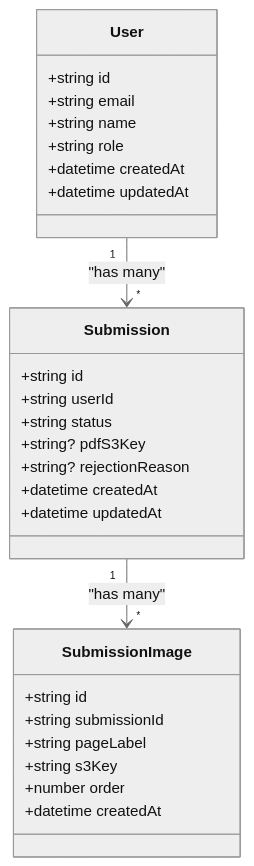
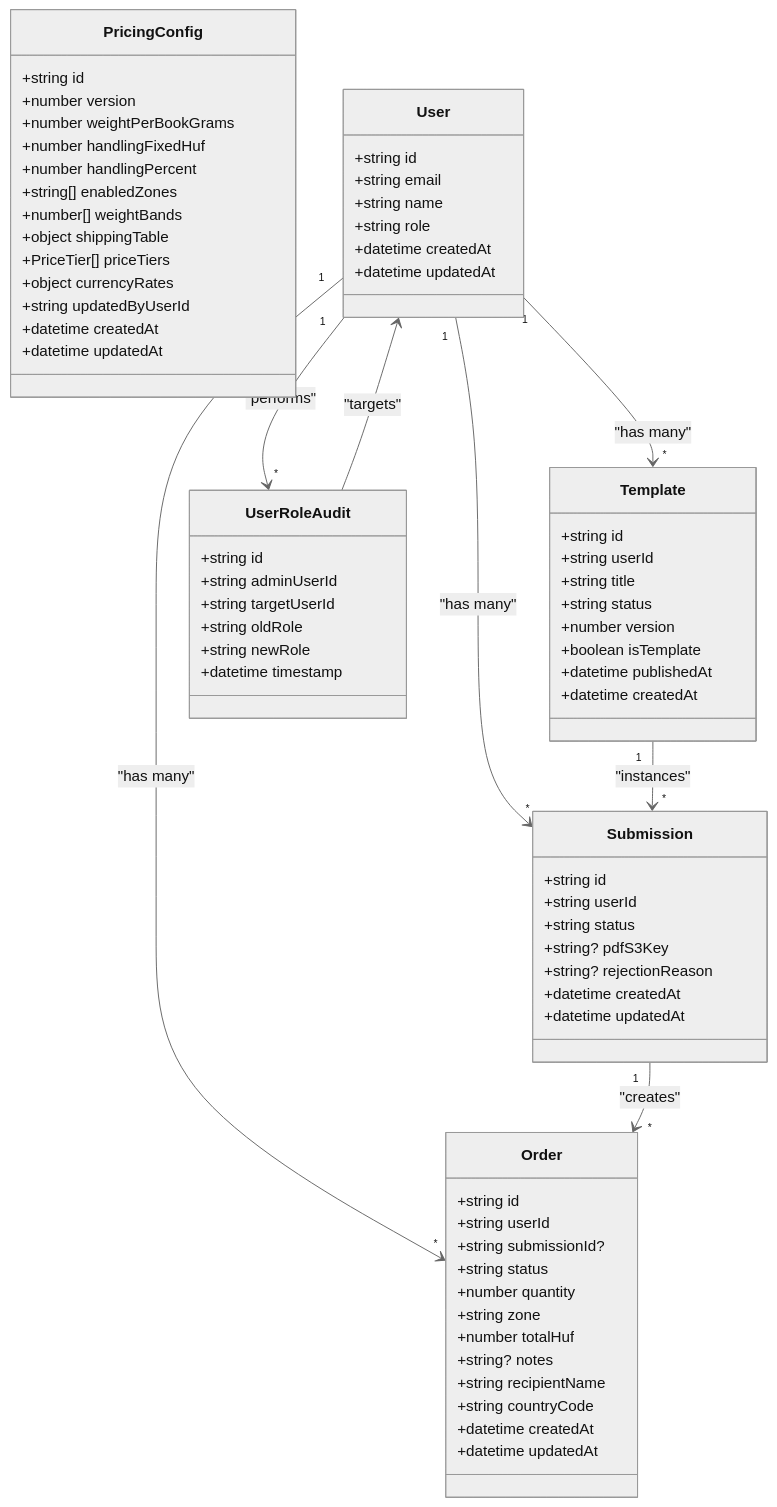
Before and after one commit to Crowdspender/titchybooks-app: the ninth of 9 diagrams in .qoder/repowiki/en/content/Administrative Features/Administrative Features.md, drawn with Mermaid (neutral theme). The commit also changed other lines of this file and 62 other files, not shown here.

````diff
--- a/.qoder/repowiki/en/content/Administrative Features/Administrative Features.md
+++ b/.qoder/repowiki/en/content/Administrative Features/Administrative Features.md
@@ -374,30 +683,74 @@
 ```mermaid
 classDiagram
 class Submission {
 +string id
 +string userId
 +string status
 +string? pdfS3Key
 +string? rejectionReason
 +datetime createdAt
 +datetime updatedAt
 }
+class Order {
++string id
++string userId
++string submissionId?
++string status
++number quantity
++string zone
++number totalHuf
++string? notes
++string recipientName
++string countryCode
++datetime createdAt
++datetime updatedAt
+}
+class PricingConfig {
++string id
++number version
++number weightPerBookGrams
++number handlingFixedHuf
++number handlingPercent
++string[] enabledZones
++number[] weightBands
++object shippingTable
++PriceTier[] priceTiers
++object currencyRates
++string updatedByUserId
++datetime createdAt
++datetime updatedAt
+}
+class Template {
++string id
++string userId
++string title
++string status
++number version
++boolean isTemplate
++datetime publishedAt
++datetime createdAt
+}
 class User {
 +string id
 +string email
 +string name
 +string role
 +datetime createdAt
 +datetime updatedAt
 }
-class SubmissionImage {
+class UserRoleAudit {
 +string id
-+string submissionId
-+string pageLabel
-+string s3Key
-+number order
-+datetime createdAt
++string adminUserId
++string targetUserId
++string oldRole
++string newRole
++datetime timestamp
 }
 User "1" --> "*" Submission : "has many"
-Submission "1" --> "*" SubmissionImage : "has many"
+User "1" --> "*" Order : "has many"
+User "1" --> "*" Template : "has many"
+User "1" --> "*" UserRoleAudit : "performs"
+Submission "1" --> "*" Order : "creates"
+Template "1" --> "*" Submission : "instances"
+UserRoleAudit --> User : "targets"
 ```
````
